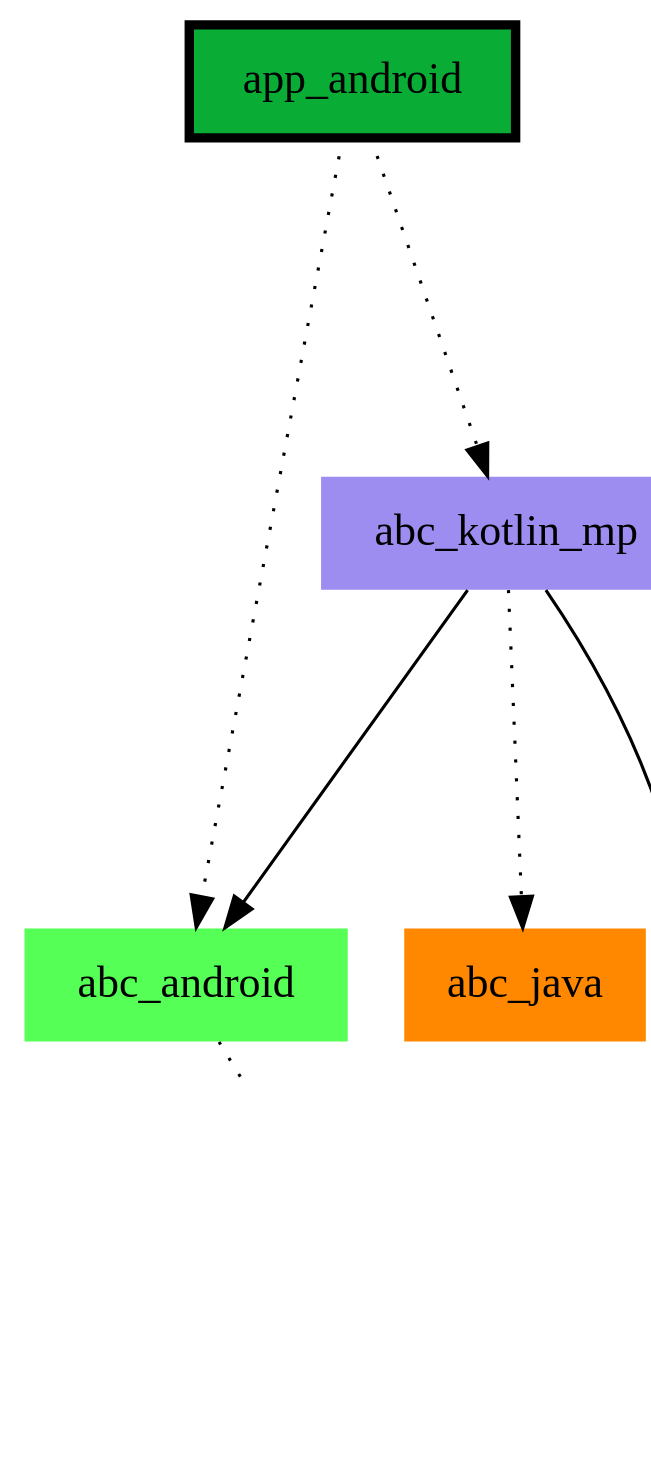
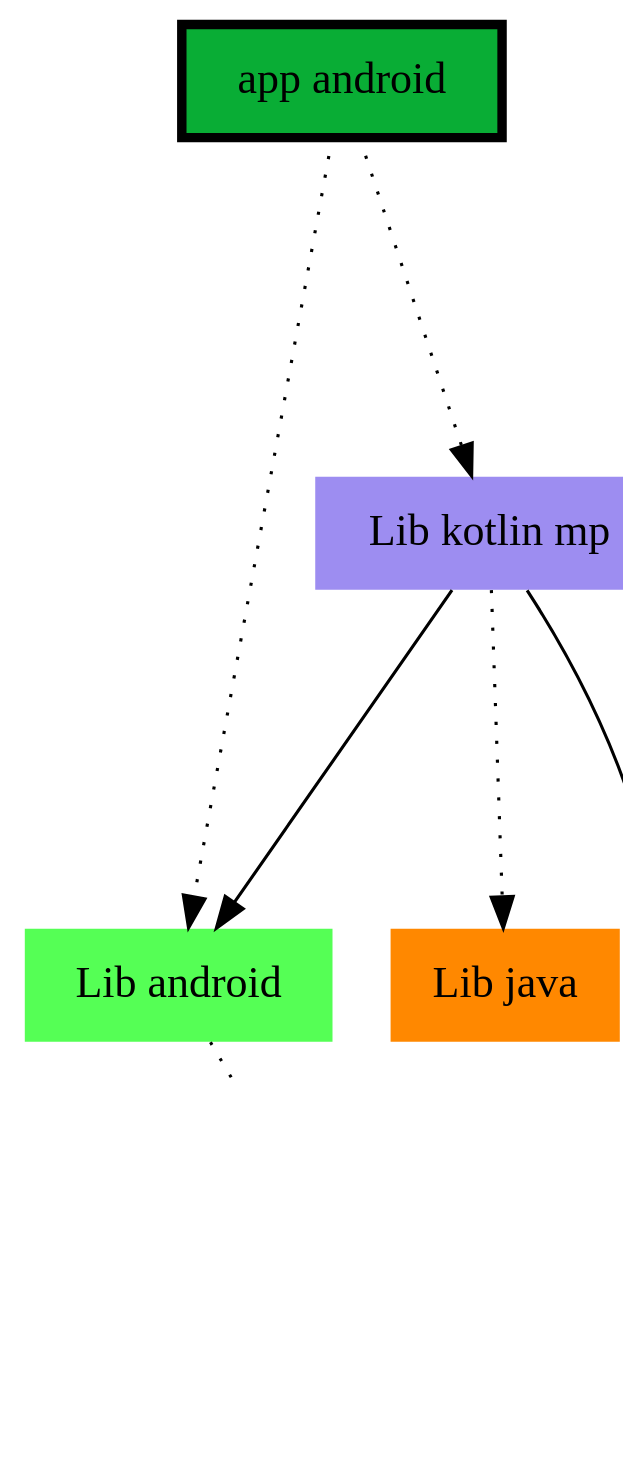
One commit to jonapoul/atlas changed the diagram in sample/sample-app-android/modules/modules.dot. Above: the diagram before and after it, drawn with Graphviz. The commit also changed 28 other files, not shown here.

```diff
--- a/sample/sample-app-android/modules/modules.dot
+++ b/sample/sample-app-android/modules/modules.dot
@@ -1,16 +1,16 @@
 digraph {
   edge ["arrowhead"="normal","arrowtail"="none"]
   graph ["dpi"="100","fontsize"="30","ranksep"="1.5","rankdir"="TB"]
   node ["style"="filled"]
-  "abc_android" ["fillcolor"="#55FF55","shape"="none"]
-  "abc_java" ["fillcolor"="#FF8800","shape"="none"]
-  "abc_kotlin_jvm" ["fillcolor"="#CA66FF","shape"="none"]
-  "abc_kotlin_mp" ["fillcolor"="#9D8DF1","shape"="none"]
-  "app_android" ["fillcolor"="#09AD35","color"="black","penwidth"="3","shape"="box"]
-  "abc_android" -> "abc_kotlin_jvm" ["style"="dotted"]
-  "abc_kotlin_mp" -> "abc_android"
-  "abc_kotlin_mp" -> "abc_java" ["style"="dotted"]
-  "abc_kotlin_mp" -> "abc_kotlin_jvm"
-  "app_android" -> "abc_android" ["style"="dotted"]
-  "app_android" -> "abc_kotlin_mp" ["style"="dotted"]
+  "Lib android" ["fillcolor"="#55FF55","shape"="none"]
+  "Lib java" ["fillcolor"="#FF8800","shape"="none"]
+  "Lib kotlin jvm" ["fillcolor"="#CA66FF","shape"="none"]
+  "Lib kotlin mp" ["fillcolor"="#9D8DF1","shape"="none"]
+  "app android" ["fillcolor"="#09AD35","color"="black","penwidth"="3","shape"="box"]
+  "Lib android" -> "Lib kotlin jvm" ["style"="dotted"]
+  "Lib kotlin mp" -> "Lib android"
+  "Lib kotlin mp" -> "Lib java" ["style"="dotted"]
+  "Lib kotlin mp" -> "Lib kotlin jvm"
+  "app android" -> "Lib android" ["style"="dotted"]
+  "app android" -> "Lib kotlin mp" ["style"="dotted"]
 }
```
